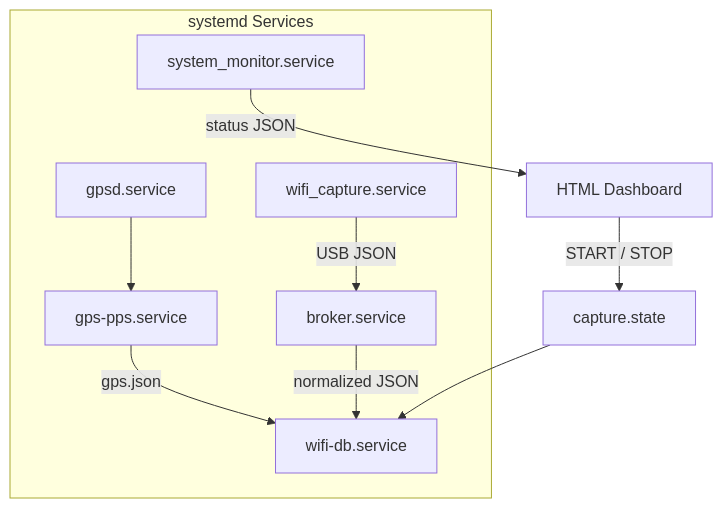
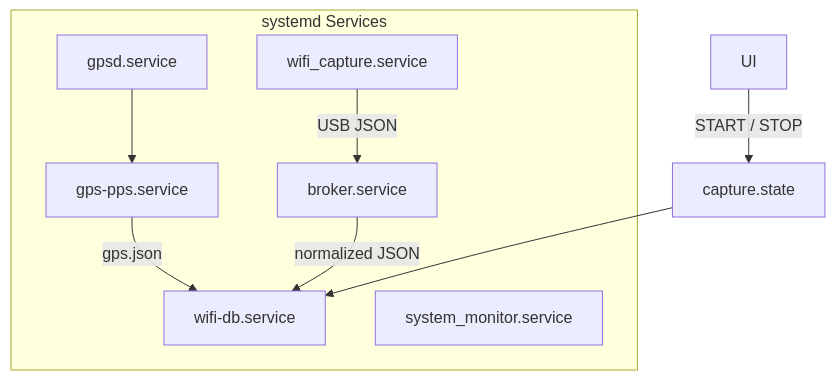
The fifth of 5 diagrams in Readme.md (sbejarano/WiFi_Promiscuous), drawn with Mermaid before and after one commit. The commit also changed other lines of this file, not shown here.

````diff
--- a/Readme.md
+++ b/Readme.md
@@ -387,23 +337,21 @@
 ```mermaid
 flowchart TB
 
     subgraph systemd[systemd Services]
         GPSD[gpsd.service]
         GPSPPS[gps-pps.service]
         WIFICAP[wifi_capture.service]
         BROKER[broker.service]
         DB[wifi-db.service]
         MON[system_monitor.service]
     end
 
     GPSD --> GPSPPS
     GPSPPS -->|gps.json| DB
 
     WIFICAP -->|USB JSON| BROKER
     BROKER -->|normalized JSON| DB
 
-    MON -->|status JSON| UI[HTML Dashboard]
-
     UI -->|START / STOP| STATE[capture.state]
     STATE --> DB
 ```
````
